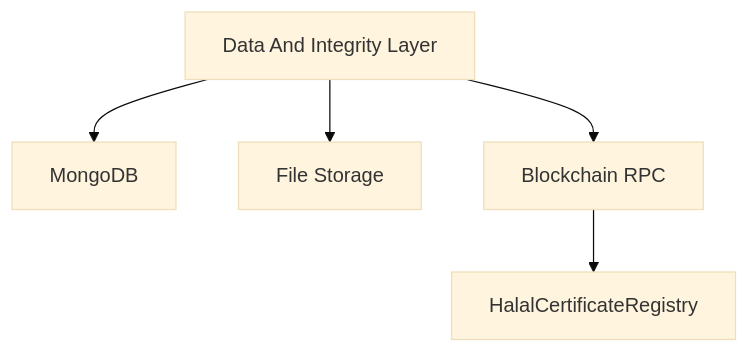
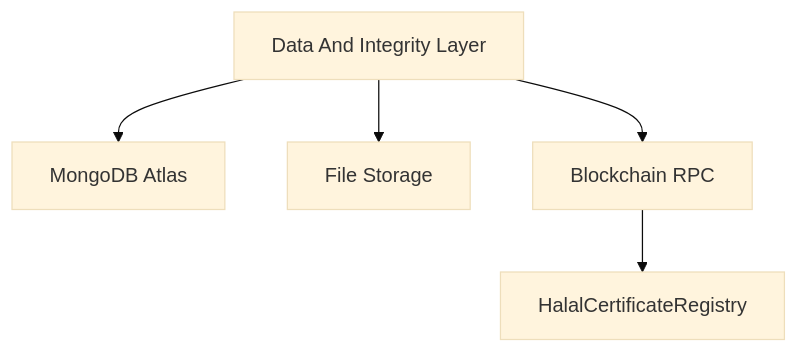
Before and after one commit to KAlr03/blockchain: the fifth of 6 diagrams in docs/architecture.md, drawn with Mermaid (base theme). The commit also changed other lines of this file, not shown here.

````diff
--- a/docs/architecture.md
+++ b/docs/architecture.md
@@ -80,8 +78,8 @@
 ```mermaid
 flowchart TD
     data["Data And Integrity Layer"]
-    data --> mongo["MongoDB"]
+    data --> mongo["MongoDB Atlas"]
     data --> storage["File Storage"]
     data --> blockchain["Blockchain RPC"]
     blockchain --> contract["HalalCertificateRegistry"]
 ```
````
